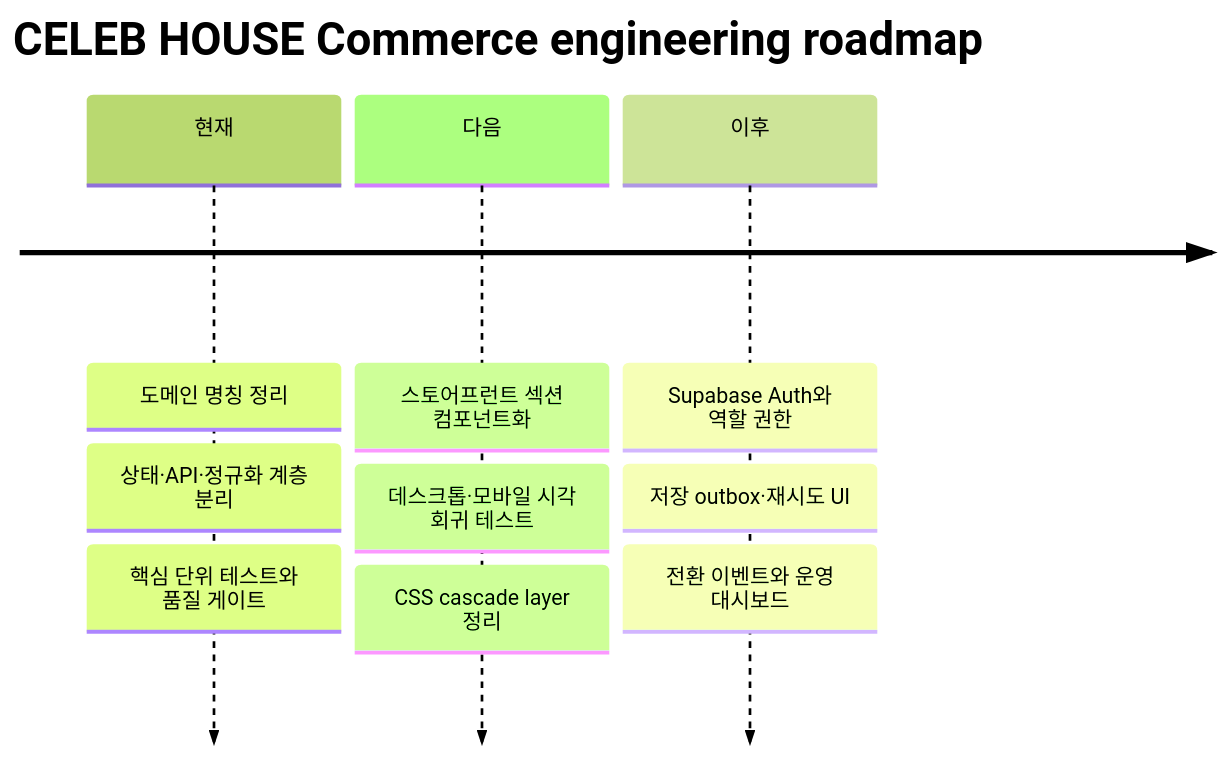
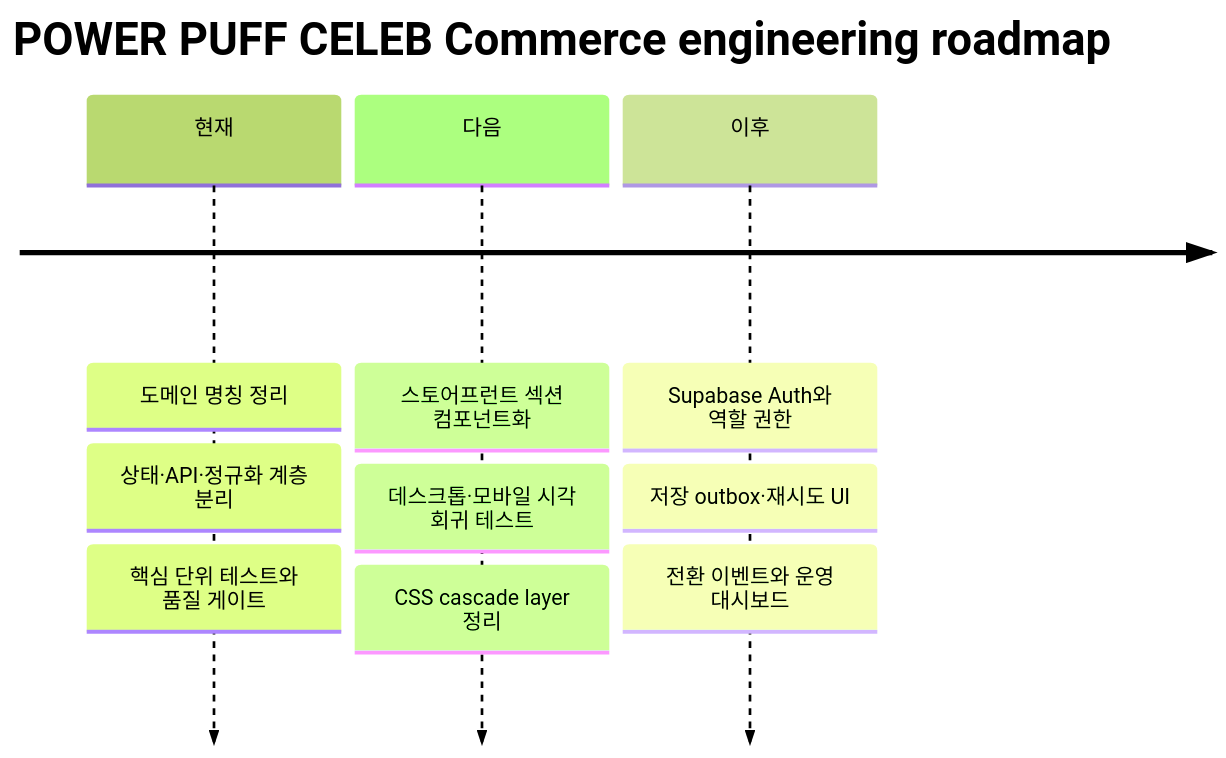
Before and after one commit to hwangsanghan0519/blog: diagram 14 of 14 in README.md, drawn with Mermaid (forest theme). The commit also changed other lines of this file and 35 other files, not shown here.

Commit message:
Rebrand storefront and SEO as Power Puff Celeb

````diff
--- a/README.md
+++ b/README.md
@@ -545,13 +545,13 @@
 ```mermaid
 timeline
-  title CELEB HOUSE Commerce engineering roadmap
+  title POWER PUFF CELEB Commerce engineering roadmap
   현재 : 도메인 명칭 정리
        : 상태·API·정규화 계층 분리
        : 핵심 단위 테스트와 품질 게이트
   다음 : 스토어프런트 섹션 컴포넌트화
        : 데스크톱·모바일 시각 회귀 테스트
        : CSS cascade layer 정리
   이후 : Supabase Auth와 역할 권한
        : 저장 outbox·재시도 UI
        : 전환 이벤트와 운영 대시보드
 ```
````
